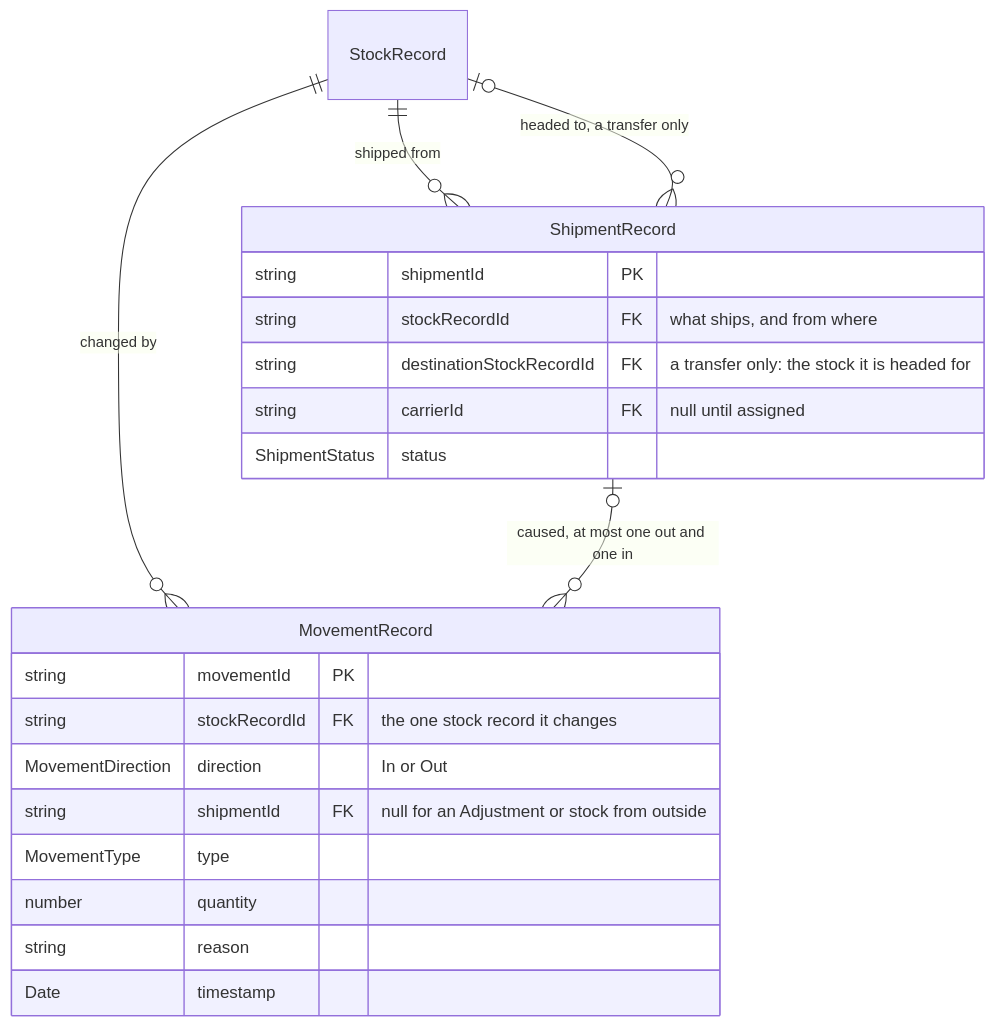
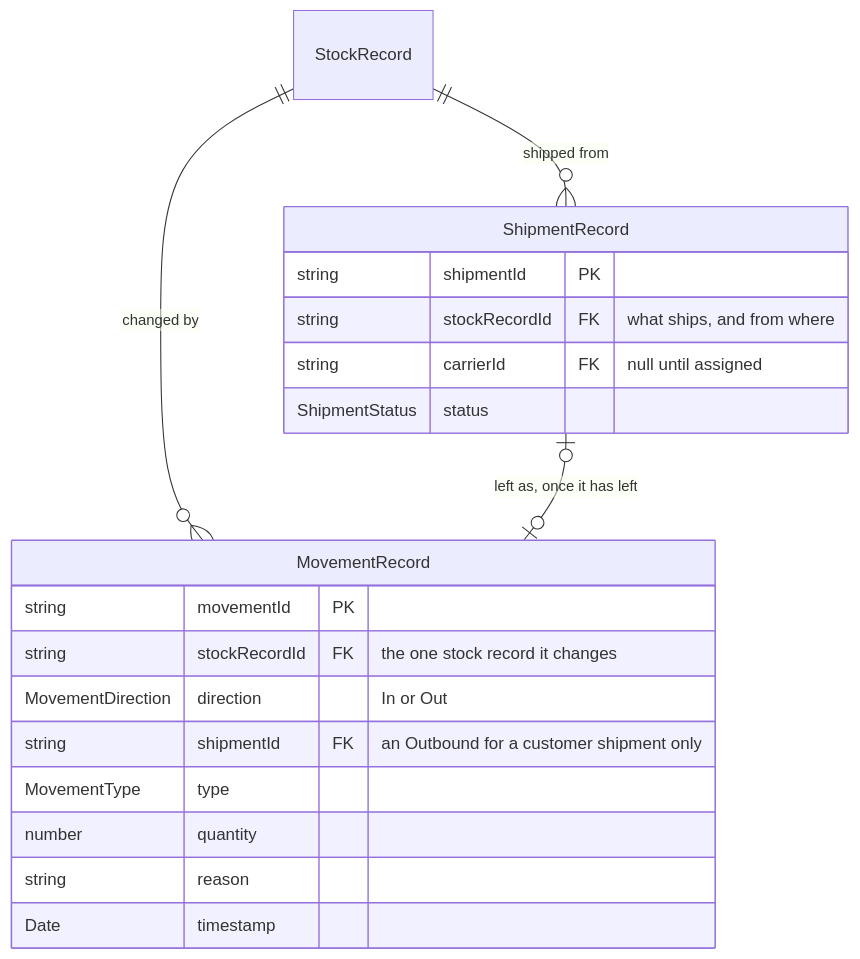
One commit to Sun-flow/TrackFlow-Company-Overhaul changed the second of 2 diagrams in docs/open-questions.md. Above: the diagram before and after it, drawn with Mermaid. The commit also changed other lines of this file and 4 other files, not shown here.

First line of the commit message:
Record mae's Q17 answer and rewrite Q19 around mae's stock-change proposal, so the movement model can be decided from the reviewed version.

````diff
--- a/docs/open-questions.md
+++ b/docs/open-questions.md
@@ -65,24 +69,22 @@
 ```mermaid
 erDiagram
     StockRecord ||--o{ ShipmentRecord : "shipped from"
-    StockRecord |o--o{ ShipmentRecord : "headed to, a transfer only"
     StockRecord ||--o{ MovementRecord : "changed by"
-    ShipmentRecord |o--o{ MovementRecord : "caused, at most one out and one in"
+    ShipmentRecord |o--o| MovementRecord : "left as, once it has left"
     ShipmentRecord {
         string shipmentId PK
         string stockRecordId FK "what ships, and from where"
-        string destinationStockRecordId FK "a transfer only: the stock it is headed for"
         string carrierId FK "null until assigned"
         ShipmentStatus status
     }
     MovementRecord {
         string movementId PK
         string stockRecordId FK "the one stock record it changes"
         MovementDirection direction "In or Out"
-        string shipmentId FK "null for an Adjustment or stock from outside"
+        string shipmentId FK "an Outbound for a customer shipment only"
         MovementType type
         number quantity
         string reason
         Date timestamp
     }
 ```
````
